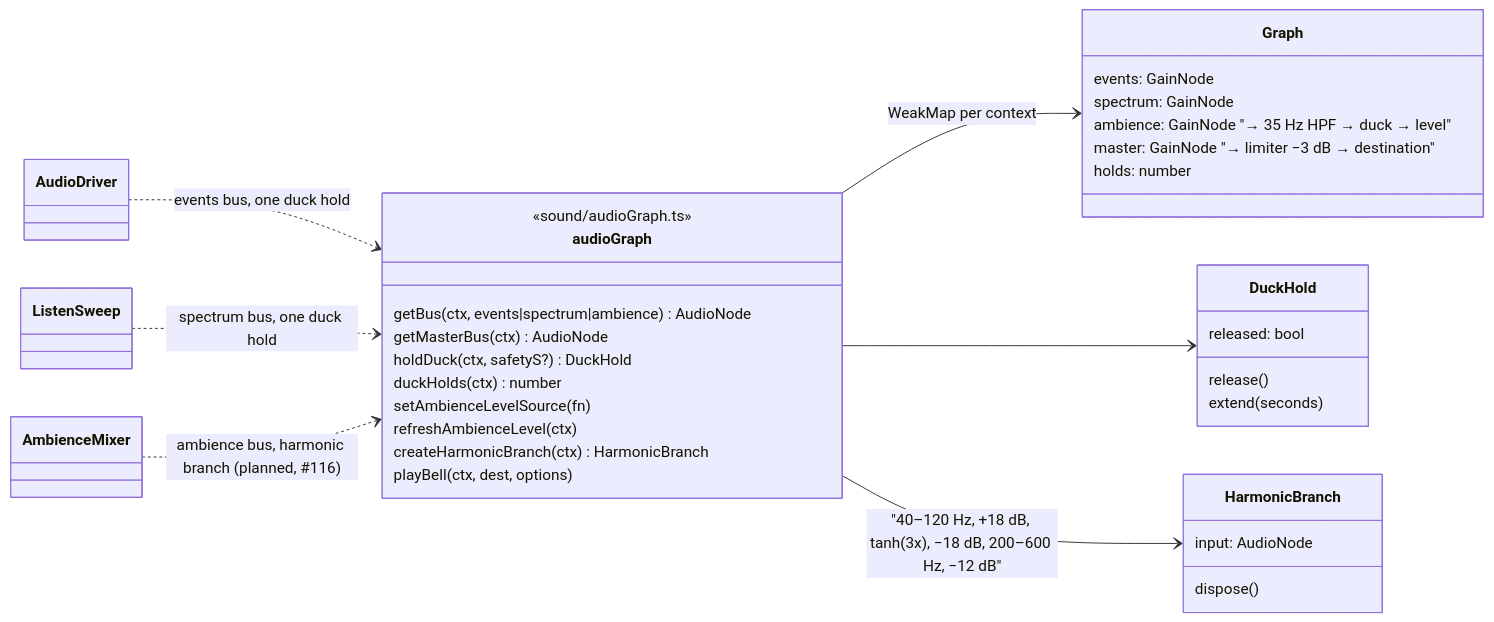
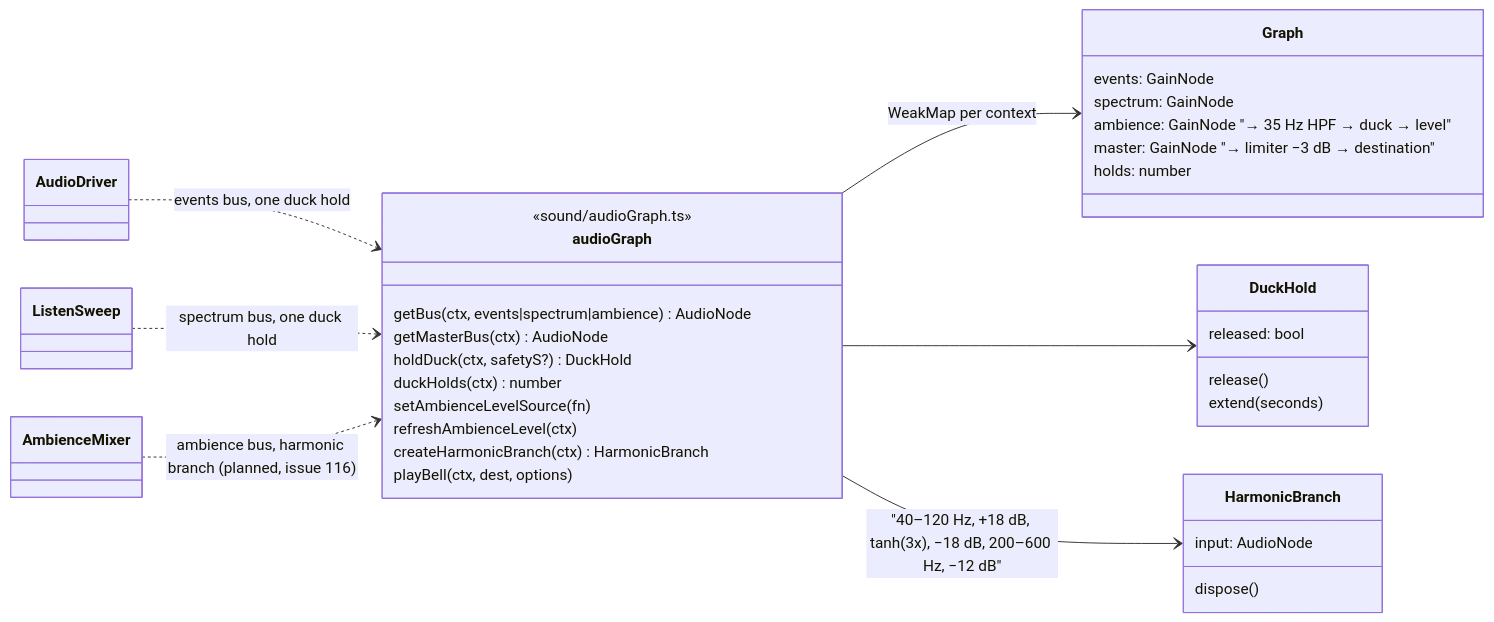
The second of 2 diagrams in docs/uml/06-class-haptics-audio.md (0ffrian/SphereX), drawn with Mermaid before and after one commit. The commit also changed 18 other files, not shown here.

````diff
--- a/docs/uml/06-class-haptics-audio.md
+++ b/docs/uml/06-class-haptics-audio.md
@@ -91,37 +91,37 @@
 ```mermaid
 classDiagram
   direction LR
   class audioGraph {
     <<sound/audioGraph.ts>>
     getBus(ctx, events|spectrum|ambience) AudioNode
     getMasterBus(ctx) AudioNode
     holdDuck(ctx, safetyS?) DuckHold
     duckHolds(ctx) number
     setAmbienceLevelSource(fn)
     refreshAmbienceLevel(ctx)
     createHarmonicBranch(ctx) HarmonicBranch
     playBell(ctx, dest, options)
   }
   class DuckHold {
     release()
     extend(seconds)
     released: bool
   }
   class HarmonicBranch {
     input: AudioNode
     dispose()
   }
   class Graph {
     events: GainNode
     spectrum: GainNode
     ambience: GainNode "→ 35 Hz HPF → duck → level"
     master: GainNode "→ limiter −3 dB → destination"
     holds: number
   }
   audioGraph --> Graph : WeakMap per context
   audioGraph --> DuckHold
   audioGraph --> HarmonicBranch : "40–120 Hz, +18 dB, tanh(3x), −18 dB, 200–600 Hz, −12 dB"
   AudioDriver ..> audioGraph : events bus, one duck hold
   ListenSweep ..> audioGraph : spectrum bus, one duck hold
-  AmbienceMixer ..> audioGraph : ambience bus, harmonic branch (planned, #116)
+  AmbienceMixer ..> audioGraph : ambience bus, harmonic branch (planned, issue 116)
 ```
````
